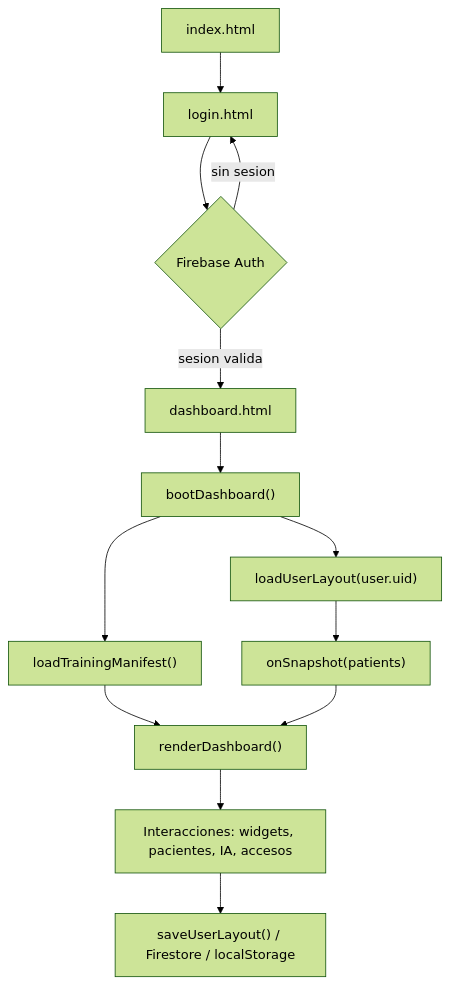
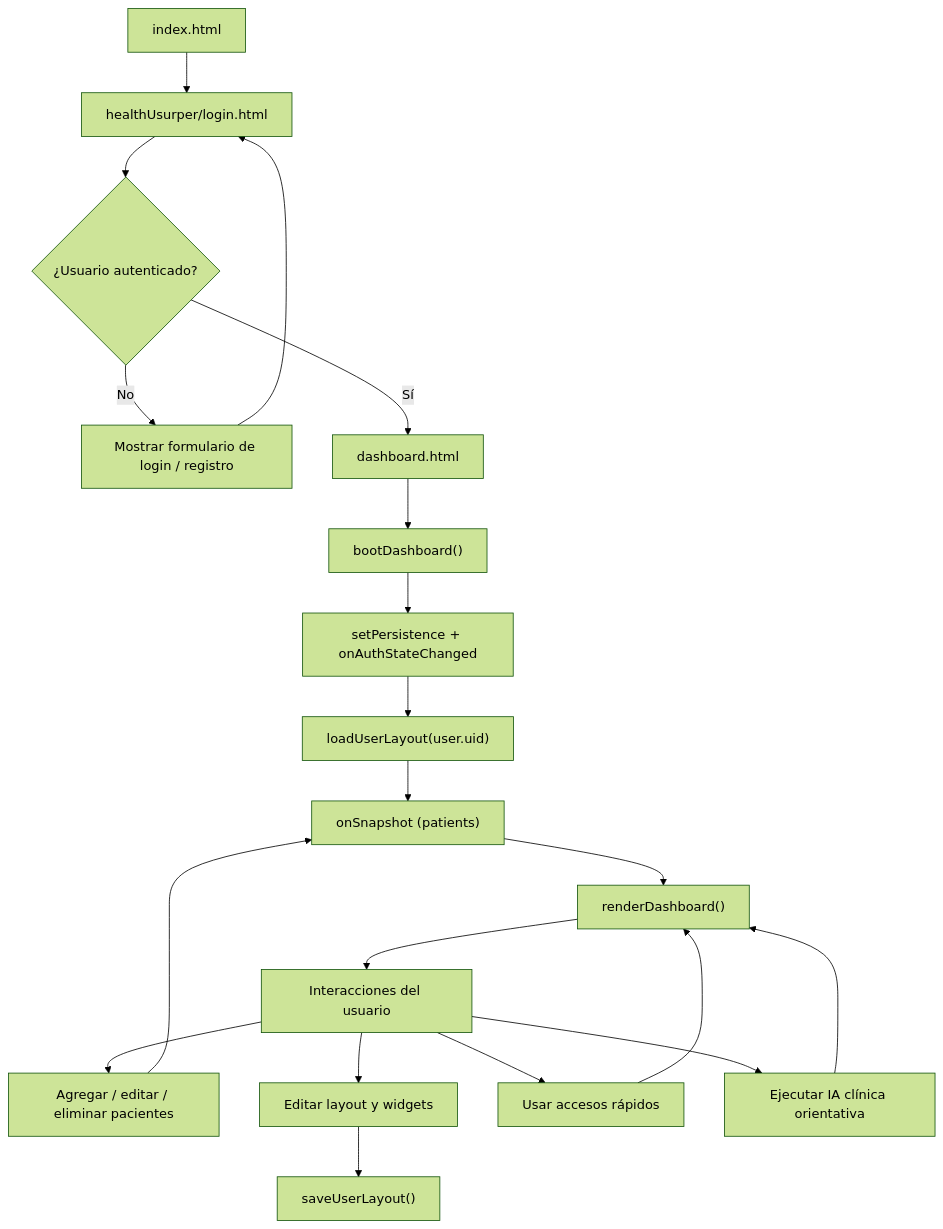
Before and after one commit to DavidEBM/TestTesis: the first of 3 diagrams in detalles.md, drawn with Mermaid (forest theme). The commit also changed other lines of this file and 2 other files, not shown here.

````diff
--- a/detalles.md
+++ b/detalles.md
@@ -428,15 +522,29 @@
 ```mermaid
 flowchart TD
-    A["index.html"] --> B["login.html"]
-    B --> C{"Firebase Auth"}
-    C -- "sin sesion" --> B
-    C -- "sesion valida" --> D["dashboard.html"]
-    D --> E["bootDashboard()"]
-    E --> F["loadUserLayout(user.uid)"]
-    E --> G["loadTrainingManifest()"]
-    F --> H["onSnapshot(patients)"]
-    G --> I["renderDashboard()"]
-    H --> I
-    I --> J["Interacciones: widgets, pacientes, IA, accesos"]
-    J --> K["saveUserLayout() / Firestore / localStorage"]
+    A["index.html"] --> B["healthUsurper/login.html"]
+    
+    B --> C{"¿Usuario autenticado?"}
+    
+    C -- "No" --> D["Mostrar formulario de login / registro"]
+    D --> B
+    
+    C -- "Sí" --> E["dashboard.html"]
+    
+    E --> F["bootDashboard()"]
+    F --> G["setPersistence + onAuthStateChanged"]
+    G --> H["loadUserLayout(user.uid)"]
+    H --> I["onSnapshot (patients)"]
+    I --> J["renderDashboard()"]
+    
+    J --> K["Interacciones del usuario"]
+    
+    K --> L["Agregar / editar / eliminar pacientes"]
+    K --> M["Editar layout y widgets"]
+    K --> N["Usar accesos rápidos"]
+    K --> O["Ejecutar IA clínica orientativa"]
+    
+    L --> I
+    M --> P["saveUserLayout()"]
+    N --> J
+    O --> J
 ```
````
